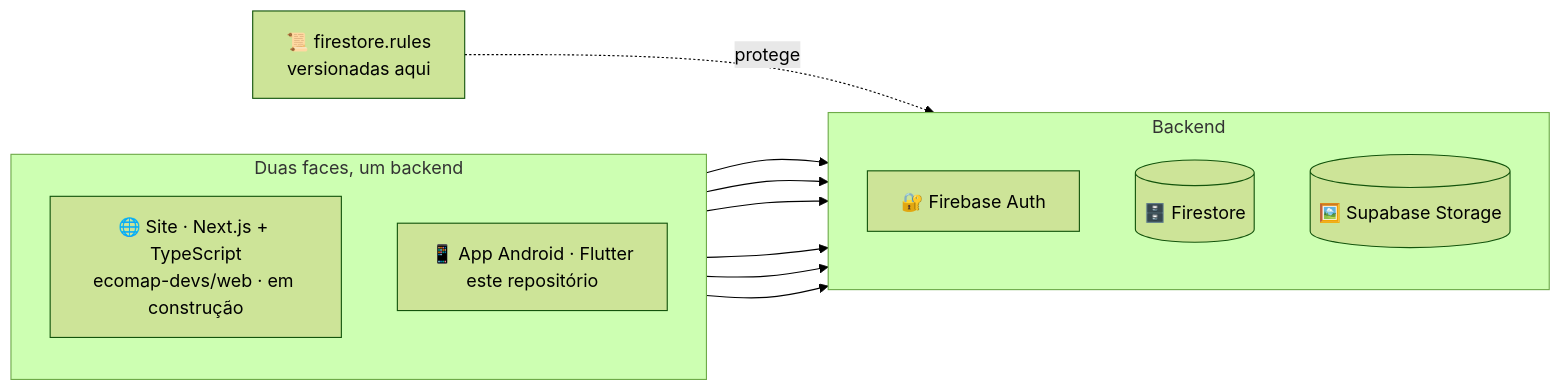
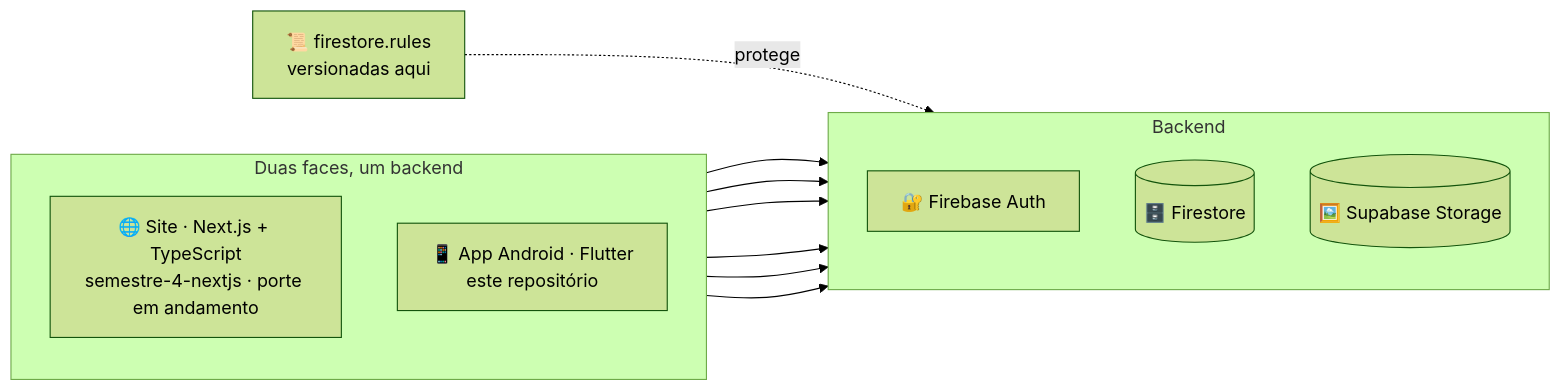
The diagram in README.md (ecomap-devs/flutter), drawn with Mermaid (forest theme) before and after one commit. The commit also changed other lines of this file, not shown here.

````diff
--- a/README.md
+++ b/README.md
@@ -41,17 +42,17 @@
 ```mermaid
 flowchart LR
     subgraph faces[Duas faces, um backend]
         direction TB
-        web["🌐 Site · Next.js + TypeScript<br/>ecomap-devs/web · em construção"]
+        web["🌐 Site · Next.js + TypeScript<br/>semestre-4-nextjs · porte em andamento"]
         app["📱 App Android · Flutter<br/>este repositório"]
     end
     subgraph backend[Backend]
         direction TB
         auth[🔐 Firebase Auth]
         fs[(🗄️ Firestore)]
         sb[(🖼️ Supabase Storage)]
     end
     web --> auth & fs & sb
     app --> auth & fs & sb
     regras["📜 firestore.rules<br/>versionadas aqui"] -. protege .-> fs
 ```
````
